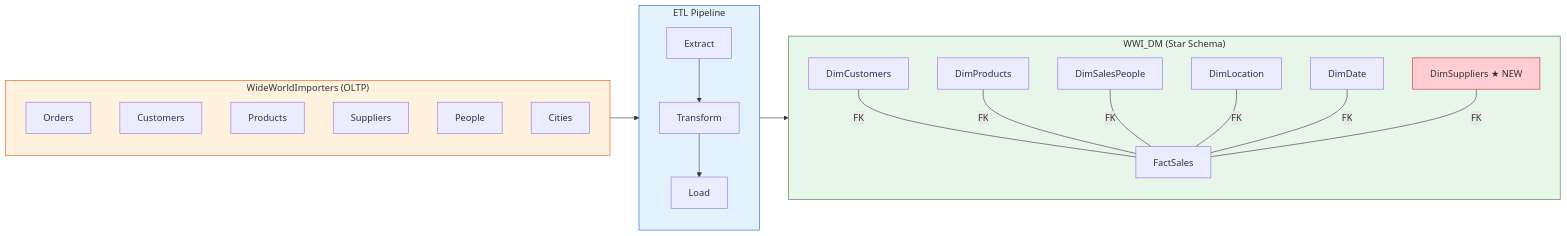
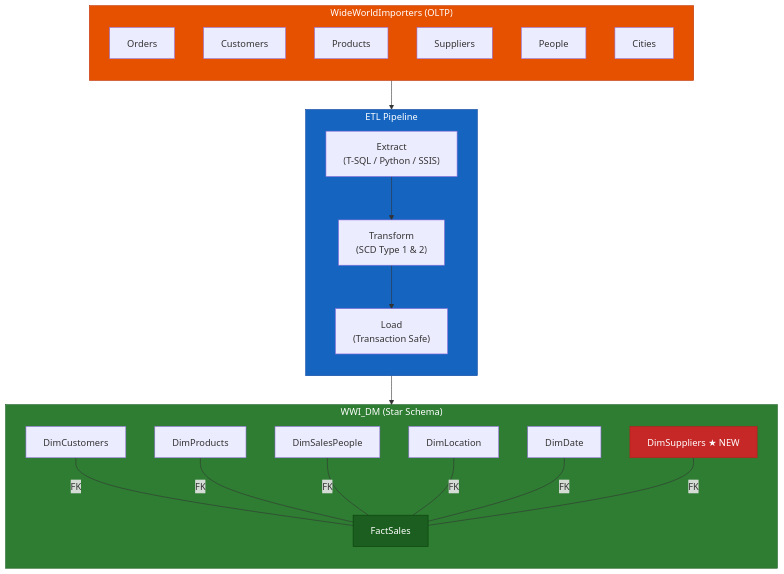
Before and after one commit to JindoKimKor/wwi-etl-pipeline: the first of 2 diagrams in README.md, drawn with Mermaid. The commit also changed other lines of this file and 13 other files, not shown here.

````diff
--- a/README.md
+++ b/README.md
@@ -12,39 +14,47 @@
 ```mermaid
-flowchart LR
+flowchart TB
     subgraph SOURCE["WideWorldImporters (OLTP)"]
         direction TB
         O[Orders]
         CU[Customers]
         PR[Products]
         SU[Suppliers]
         PE[People]
         CI[Cities]
     end
 
     subgraph ETL["ETL Pipeline"]
         direction TB
-        E["Extract"]
-        T["Transform"]
-        L["Load"]
+        E["Extract<br>(T-SQL / Python / SSIS)"]
+        T["Transform<br>(SCD Type 1 & 2)"]
+        L["Load<br>(Transaction Safe)"]
         E --> T --> L
     end
 
     subgraph DW["WWI_DM (Star Schema)"]
         direction TB
+        DC[DimCustomers]
+        DP[DimProducts]
+        DS[DimSalesPeople]
+        DL[DimLocation]
+        DD[DimDate]
+        DSU["DimSuppliers ★ NEW"]
         FS[FactSales]
-        DC[DimCustomers] ---|FK| FS
-        DP[DimProducts] ---|FK| FS
-        DS[DimSalesPeople] ---|FK| FS
-        DL[DimLocation] ---|FK| FS
-        DD[DimDate] ---|FK| FS
-        DSU["DimSuppliers ★ NEW"] ---|FK| FS
+
+        DC ---|FK| FS
+        DP ---|FK| FS
+        DS ---|FK| FS
+        DL ---|FK| FS
+        DD ---|FK| FS
+        DSU ---|FK| FS
     end
 
     SOURCE --> E
     L --> DW
 
-    style SOURCE fill:#fff3e0,stroke:#e65100
-    style ETL fill:#e3f2fd,stroke:#1565c0
-    style DW fill:#e8f5e9,stroke:#2e7d32
-    style DSU fill:#ffcdd2,stroke:#c62828
+    style SOURCE fill:#e65100,stroke:#bf360c,color:#fff
+    style ETL fill:#1565c0,stroke:#0d47a1,color:#fff
+    style DW fill:#2e7d32,stroke:#1b5e20,color:#fff
+    style DSU fill:#c62828,stroke:#b71c1c,color:#fff
+    style FS fill:#1b5e20,stroke:#0a3d0a,color:#fff
 ```
````
